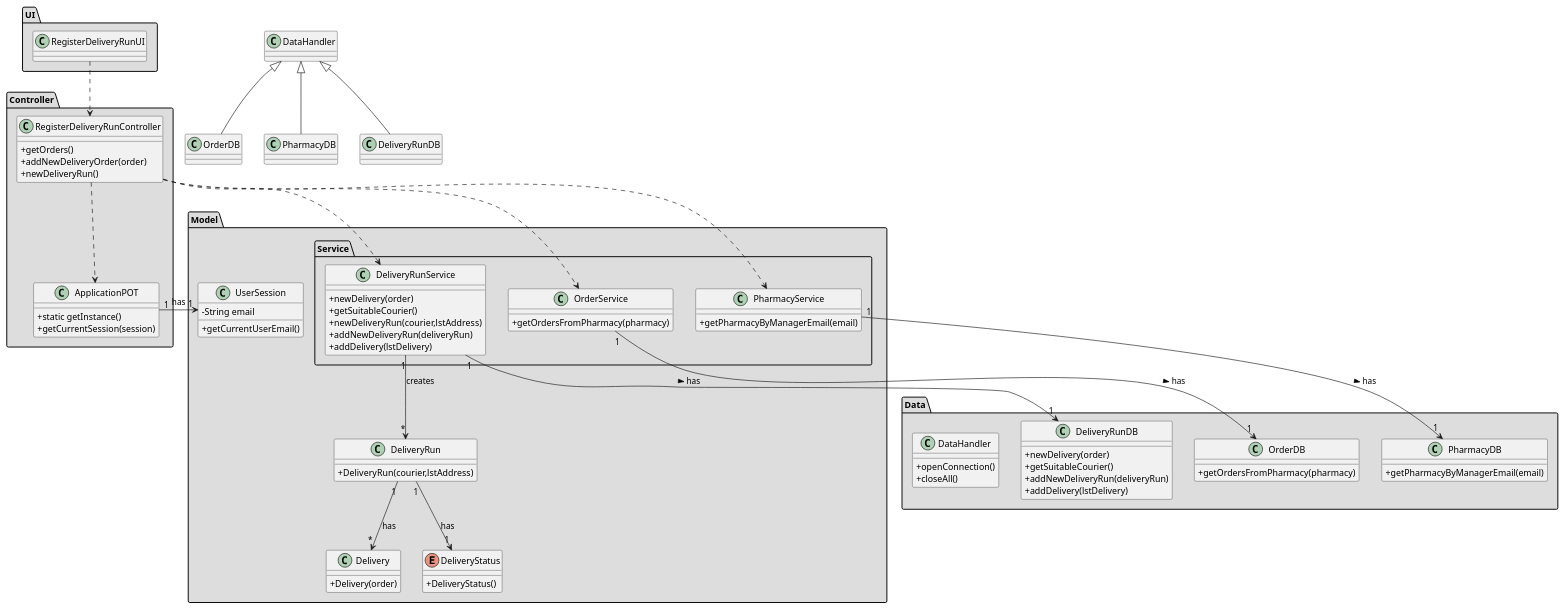
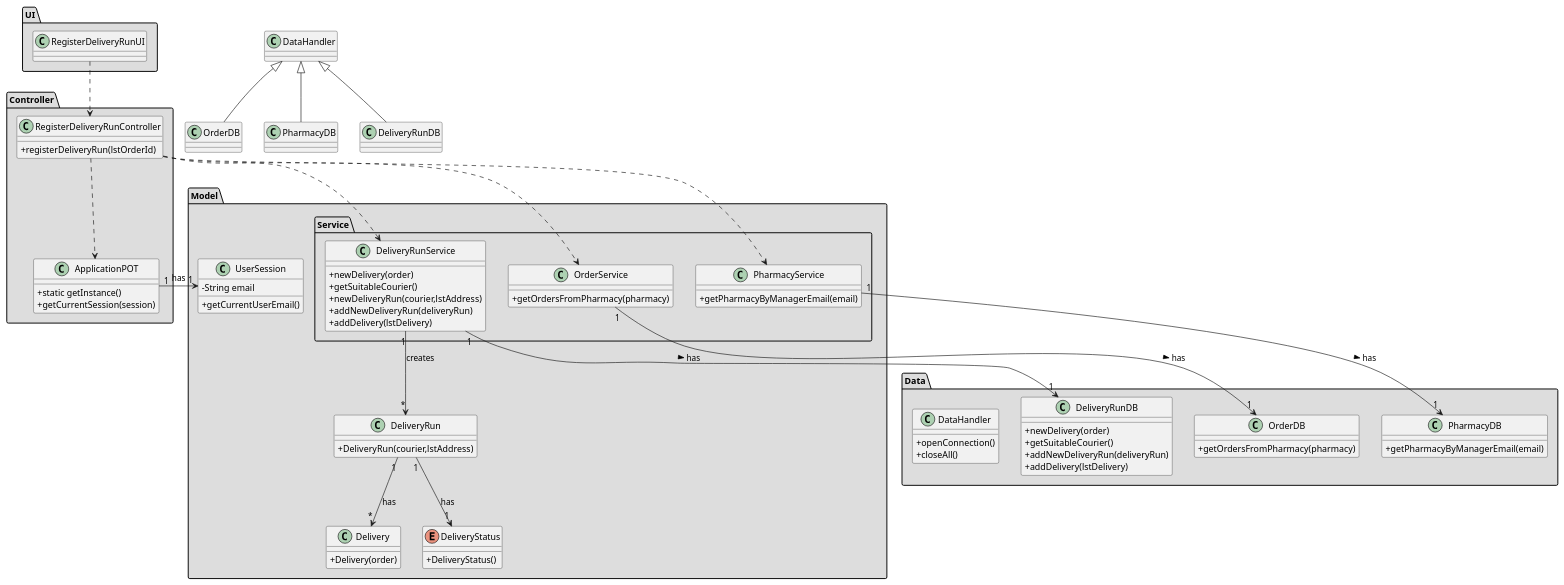
The diagram in docs/Iteration 2/Delivery Management/US206_RegisterDeliveryRun/US206_CD.puml (tiagoavcosta25/LAPR3), drawn with PlantUML before and after one commit. The commit also changed 17 other files, not shown here.

Commit message:
LAPR2AP2-220 #developing Register Delivery Run [Implementation]

```diff
--- a/docs/Iteration 2/Delivery Management/US206_RegisterDeliveryRun/US206_CD.puml
+++ b/docs/Iteration 2/Delivery Management/US206_RegisterDeliveryRun/US206_CD.puml
@@ -1,121 +1,119 @@
 @startuml
 skinparam classAttributeIconSize 0
 
 
 package "Controller" #DDDDDD {
 class ApplicationPOT
 {
   +static getInstance()
   +getCurrentSession(session)
 }
 }
 
 package "Data" #DDDDDD {
 class PharmacyDB{
 +getPharmacyByManagerEmail(email)
 }
 
 class OrderDB{
 +getOrdersFromPharmacy(pharmacy)
 }
 
 class DeliveryRunDB {
 +newDelivery(order)
 +getSuitableCourier()
 +addNewDeliveryRun(deliveryRun)
 +addDelivery(lstDelivery)
 }
 
 class DataHandler{
 +openConnection()
 +closeAll()
 }
 
 }
 
 package "UI" #DDDDDD {
 class RegisterDeliveryRunUI{
 
 }
 
 
 
 }
 
 
 package "Controller" #DDDDDD {
 class RegisterDeliveryRunController{
-+getOrders()
-+addNewDeliveryOrder(order)
-+newDeliveryRun()
++registerDeliveryRun(lstOrderId)
 }
 }
 
 
 package "Model" #DDDDDD {
 class Delivery{
 +Delivery(order)
 }
 
 class DeliveryRun{
 +DeliveryRun(courier,lstAddress)
 }
 
 }
 
 package "Model" #DDDDDD {
 class UserSession{
 -String email
 +getCurrentUserEmail()
 }
 
 package "Service" #DDDDDD {
 
 class PharmacyService {
 +getPharmacyByManagerEmail(email)
 }
 
 class OrderService {
 +getOrdersFromPharmacy(pharmacy)
 }
 
 class DeliveryRunService {
 +newDelivery(order)
 +getSuitableCourier()
 +newDeliveryRun(courier,lstAddress)
 +addNewDeliveryRun(deliveryRun)
 +addDelivery(lstDelivery)
 }
 
 }
 
 enum DeliveryStatus{
 +DeliveryStatus()
 }
 }
 
 
 
 
 
 
 RegisterDeliveryRunUI ..> RegisterDeliveryRunController
 RegisterDeliveryRunController ..> PharmacyService
 RegisterDeliveryRunController ..> OrderService
 RegisterDeliveryRunController ..> DeliveryRunService
 RegisterDeliveryRunController ..> ApplicationPOT
 PharmacyService "1" --> "1" PharmacyDB : has >
 OrderService "1" --> "1" OrderDB : has >
 DeliveryRunService "1" --> "1" DeliveryRunDB : has >
 
 DeliveryRun "1" --> "*" Delivery : has
 DeliveryRun "1" --> "1" DeliveryStatus : has
 
 DeliveryRunService "1" --> "*" DeliveryRun : creates
 
 class DeliveryRunDB extends DataHandler
 class OrderDB extends DataHandler
 class PharmacyDB extends DataHandler
 ApplicationPOT "1" -> "1" UserSession : has
 
 @enduml
```
